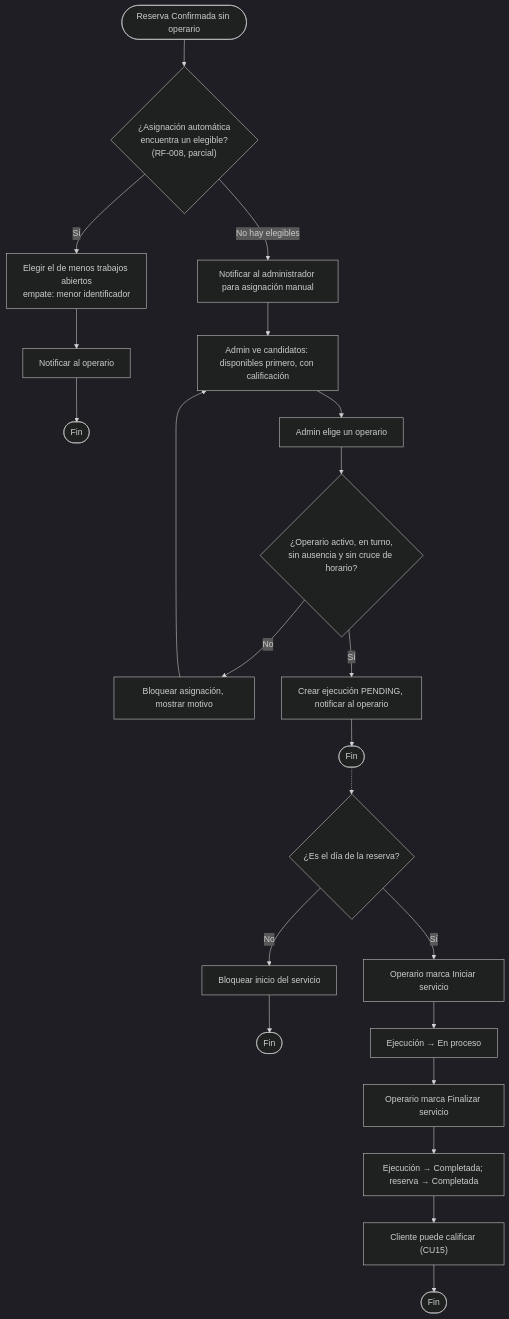
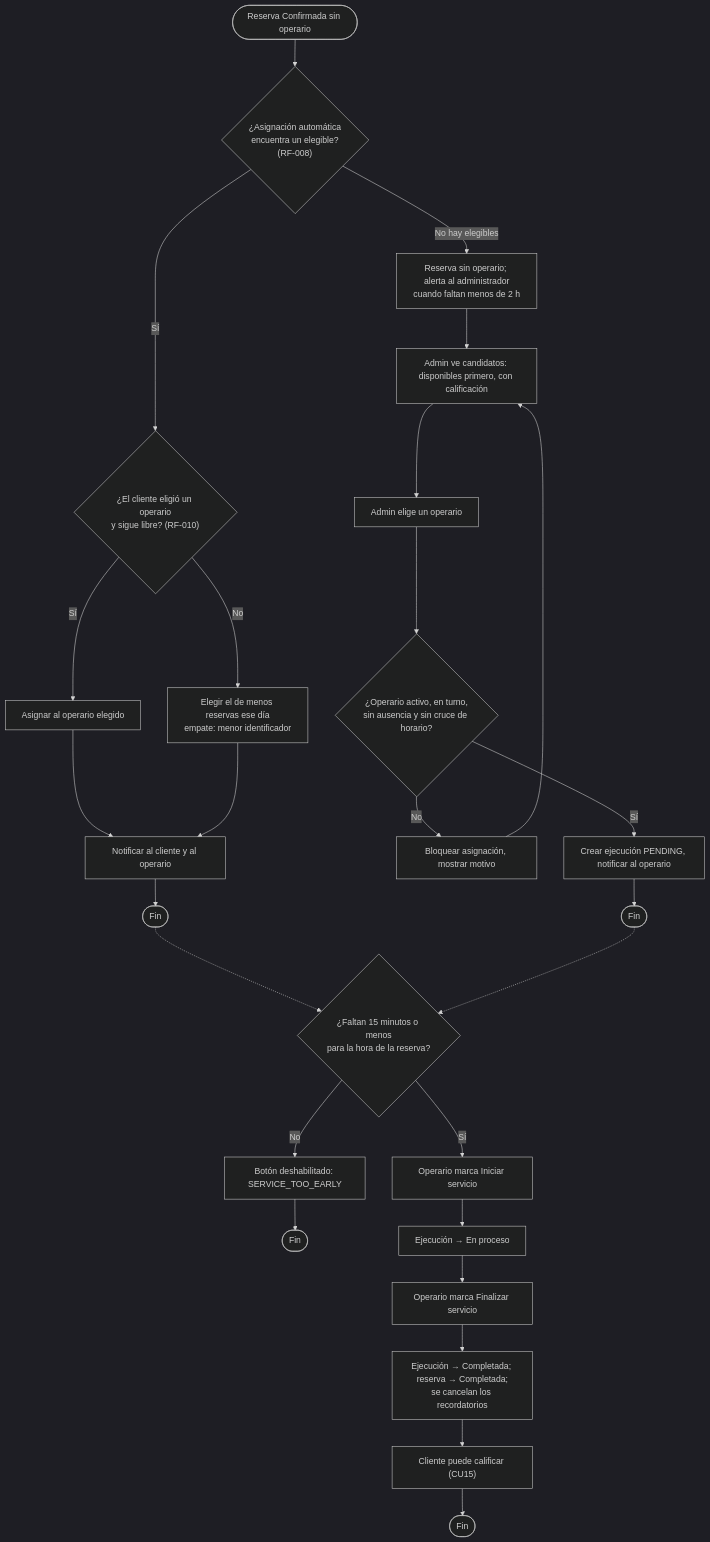
One commit to BrayanCABRERA123/lavarapido-docs changed diagram 16 of 24 in 02-analisis-vistas-dinamicas/ES/analisis-vistas-dinamicas.md. Above: the diagram before and after it, drawn with Mermaid (dark theme). The commit also changed other lines of this file and 1 other file, not shown here.

````diff
--- a/02-analisis-vistas-dinamicas/ES/analisis-vistas-dinamicas.md
+++ b/02-analisis-vistas-dinamicas/ES/analisis-vistas-dinamicas.md
@@ -550,25 +656,29 @@
 ```mermaid
 flowchart TD
-    start([Reserva Confirmada sin operario]) --> auto{"¿Asignación automática<br/>encuentra un elegible?<br/>(RF-008, parcial)"}
-    auto -->|Sí| pick[Elegir el de menos trabajos abiertos<br/>empate: menor identificador]
-    pick --> notifyop[Notificar al operario]
+    start([Reserva Confirmada sin operario]) --> auto{"¿Asignación automática<br/>encuentra un elegible?<br/>(RF-008)"}
+    auto -->|Sí| pref{"¿El cliente eligió un operario<br/>y sigue libre? (RF-010)"}
+    pref -->|Sí| chosen[Asignar al operario elegido]
+    pref -->|No| pick[Elegir el de menos reservas ese día<br/>empate: menor identificador]
+    chosen --> notifyop[Notificar al cliente y al operario]
+    pick --> notifyop
     notifyop --> stopA([Fin])
-    auto -->|No hay elegibles| manual[Notificar al administrador para asignación manual]
+    auto -->|No hay elegibles| manual["Reserva sin operario; alerta al administrador<br/>cuando faltan menos de 2 h"]
     manual --> list[Admin ve candidatos: disponibles primero, con calificación]
     list --> chooseop[Admin elige un operario]
     chooseop --> valid{¿Operario activo, en turno,<br/>sin ausencia y sin cruce de horario?}
     valid -->|No| blockop[Bloquear asignación, mostrar motivo]
     blockop --> list
     valid -->|Sí| assign[Crear ejecución PENDING, notificar al operario]
     assign --> stopB([Fin])
 
-    stopB -.-> today{¿Es el día de la reserva?}
-    today -->|No| blockday[Bloquear inicio del servicio]
+    stopA -.-> today{"¿Faltan 15 minutos o menos<br/>para la hora de la reserva?"}
+    stopB -.-> today
+    today -->|No| blockday[Botón deshabilitado: SERVICE_TOO_EARLY]
     blockday --> stopC([Fin])
     today -->|Sí| startsvc[Operario marca Iniciar servicio]
     startsvc --> inprog[Ejecución → En proceso]
     inprog --> finish[Operario marca Finalizar servicio]
-    finish --> completed[Ejecución → Completada; reserva → Completada]
+    finish --> completed[Ejecución → Completada; reserva → Completada;<br/>se cancelan los recordatorios]
     completed --> rate["Cliente puede calificar (CU15)"]
     rate --> stopD([Fin])
 ```
````
